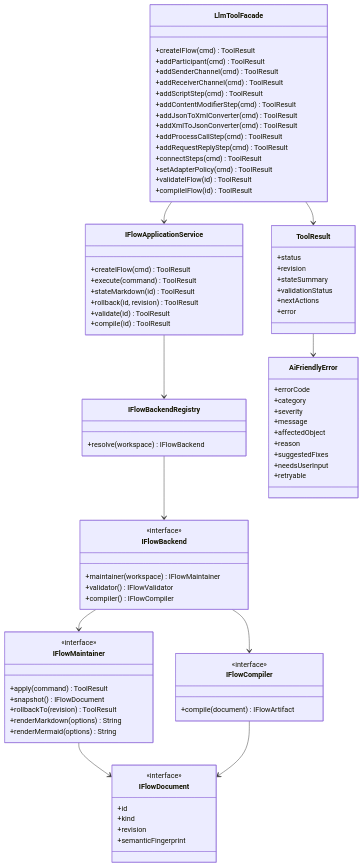
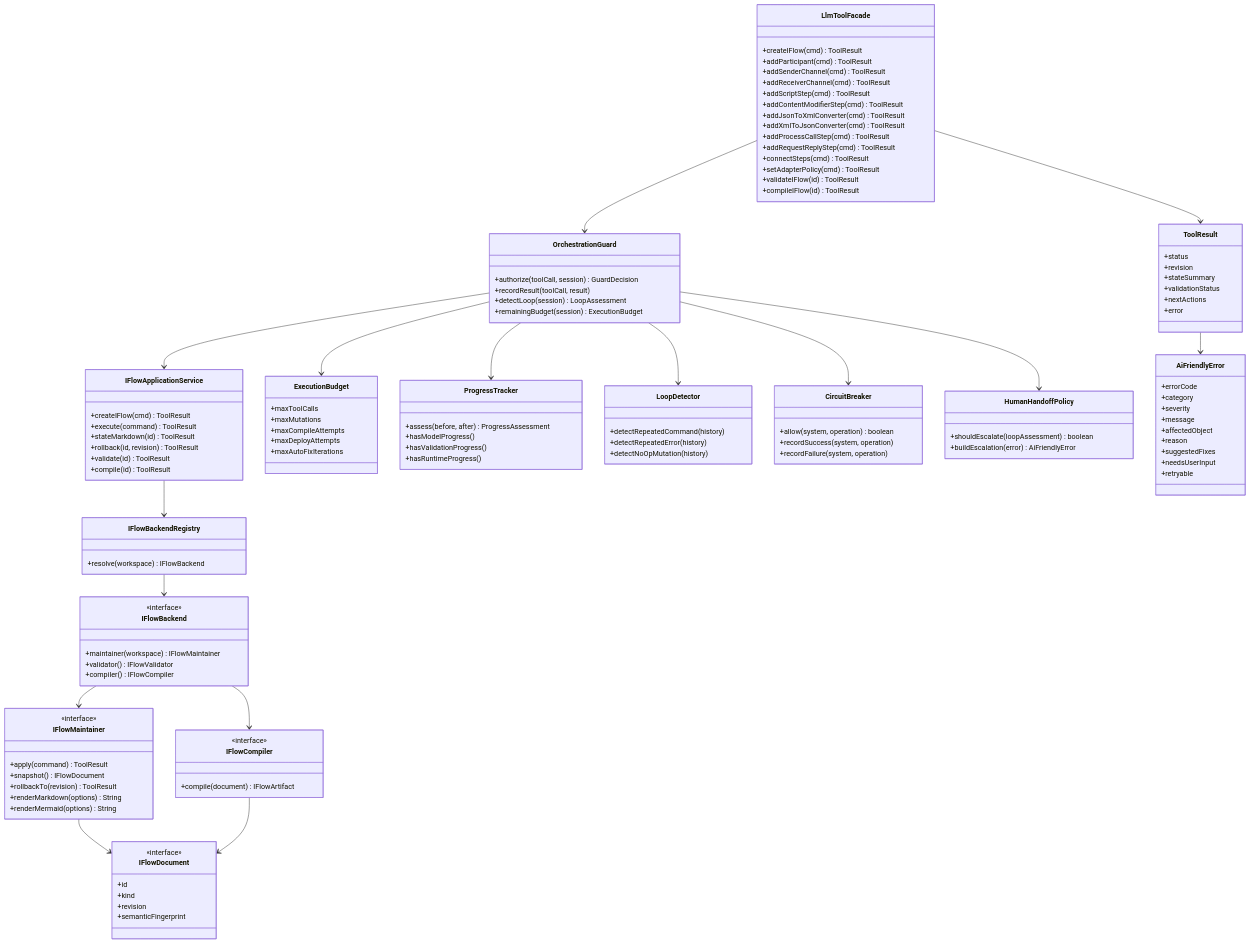
The first of 5 diagrams in docs/06-class-diagram.md (hqqw2h-lgtm/integrationsuite-agent), drawn with Mermaid before and after one commit. The commit also changed 5 other files, not shown here.

```diff
--- a/docs/06-class-diagram.md
+++ b/docs/06-class-diagram.md
@@ -30,6 +30,45 @@
       +rollback(id, revision) ToolResult
       +validate(id) ToolResult
       +compile(id) ToolResult
+    }
+
+    class OrchestrationGuard {
+      +authorize(toolCall, session) GuardDecision
+      +recordResult(toolCall, result)
+      +detectLoop(session) LoopAssessment
+      +remainingBudget(session) ExecutionBudget
+    }
+
+    class ExecutionBudget {
+      +maxToolCalls
+      +maxMutations
+      +maxCompileAttempts
+      +maxDeployAttempts
+      +maxAutoFixIterations
+    }
+
+    class ProgressTracker {
+      +assess(before, after) ProgressAssessment
+      +hasModelProgress()
+      +hasValidationProgress()
+      +hasRuntimeProgress()
+    }
+
+    class LoopDetector {
+      +detectRepeatedCommand(history)
+      +detectRepeatedError(history)
+      +detectNoOpMutation(history)
+    }
+
+    class CircuitBreaker {
+      +allow(system, operation) boolean
+      +recordSuccess(system, operation)
+      +recordFailure(system, operation)
+    }
+
+    class HumanHandoffPolicy {
+      +shouldEscalate(loopAssessment) boolean
+      +buildEscalation(error) AiFriendlyError
     }
 
     class IFlowBackendRegistry {
@@ -86,7 +125,13 @@
       +retryable
     }
 
-    LlmToolFacade --> IFlowApplicationService
+    LlmToolFacade --> OrchestrationGuard
+    OrchestrationGuard --> ExecutionBudget
+    OrchestrationGuard --> ProgressTracker
+    OrchestrationGuard --> LoopDetector
+    OrchestrationGuard --> CircuitBreaker
+    OrchestrationGuard --> HumanHandoffPolicy
+    OrchestrationGuard --> IFlowApplicationService
     IFlowApplicationService --> IFlowBackendRegistry
     IFlowBackendRegistry --> IFlowBackend
     IFlowBackend --> IFlowMaintainer
```
